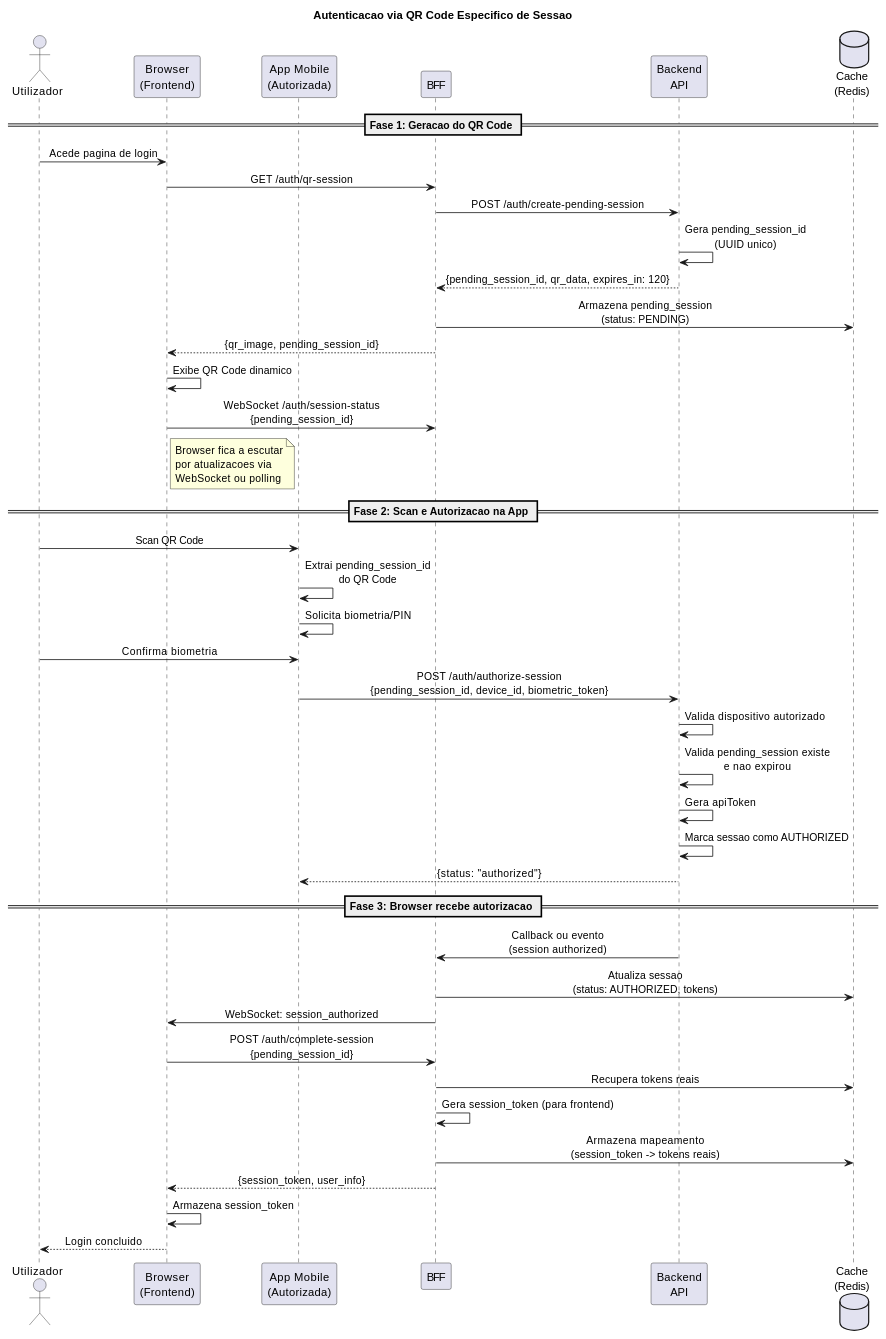
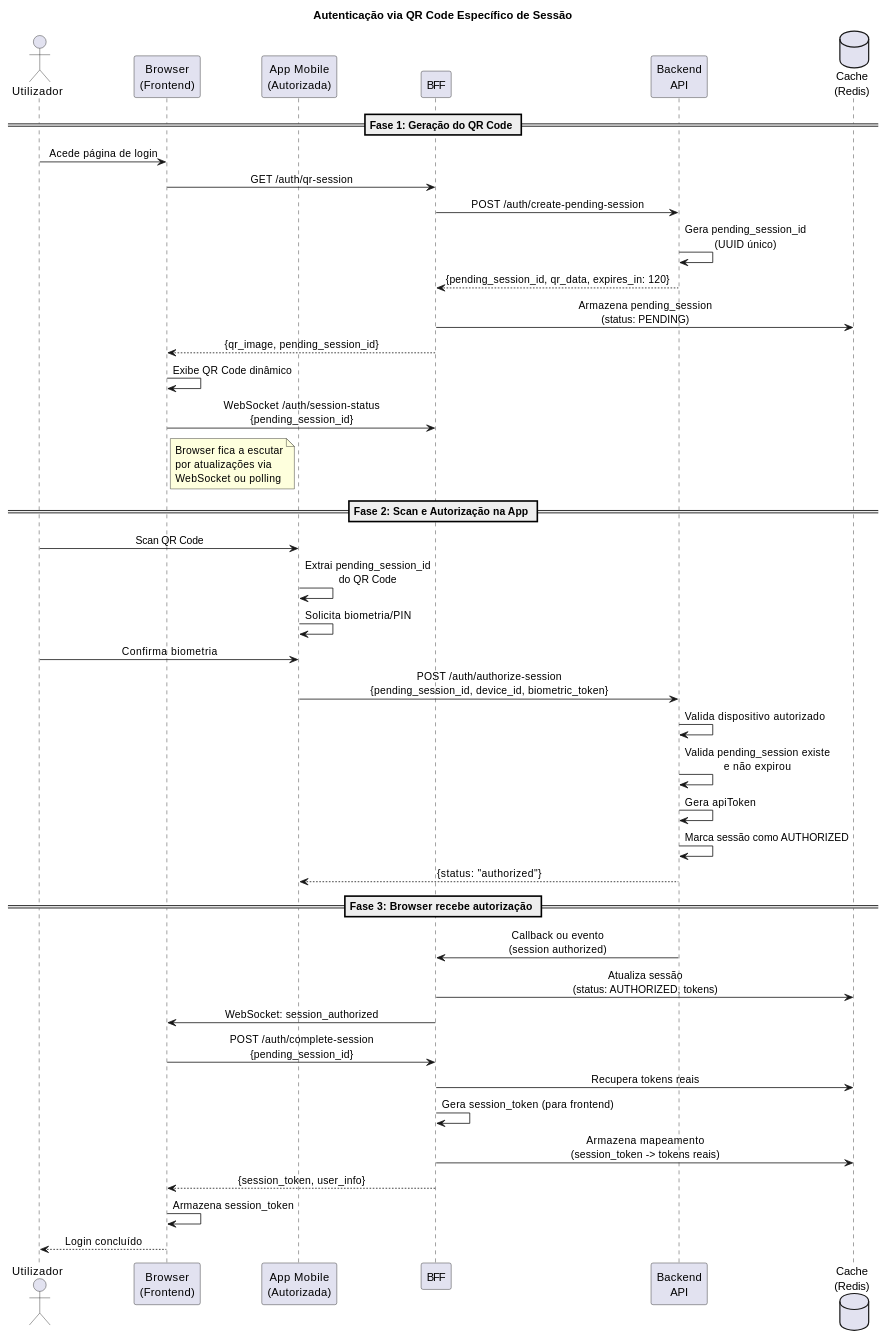
The first of 7 diagrams in current/definitions/DEF-05-autenticacao-oauth.md (beduardo/novobanco_website_doc), drawn with PlantUML before and after one commit. The commit also changed other lines of this file and 182 other files, not shown here.

````diff
--- a/current/definitions/DEF-05-autenticacao-oauth.md
+++ b/current/definitions/DEF-05-autenticacao-oauth.md
@@ -69,56 +69,56 @@
 ```plantuml
 @startuml
 skinparam sequenceMessageAlign center
 skinparam responseMessageBelowArrow true
 
-title Autenticacao via QR Code Especifico de Sessao
+title Autenticação via QR Code Específico de Sessão
 
 actor "Utilizador" as User
 participant "Browser\n(Frontend)" as Browser
 participant "App Mobile\n(Autorizada)" as App
 participant "BFF" as BFF
 participant "Backend\nAPI" as API
 database "Cache\n(Redis)" as Cache
 
-== Fase 1: Geracao do QR Code ==
-User -> Browser : Acede pagina de login
+== Fase 1: Geração do QR Code ==
+User -> Browser : Acede página de login
 Browser -> BFF : GET /auth/qr-session
 BFF -> API : POST /auth/create-pending-session
-API -> API : Gera pending_session_id\n(UUID unico)
+API -> API : Gera pending_session_id\n(UUID único)
 API --> BFF : {pending_session_id, qr_data, expires_in: 120}
 BFF -> Cache : Armazena pending_session\n(status: PENDING)
 BFF --> Browser : {qr_image, pending_session_id}
-Browser -> Browser : Exibe QR Code dinamico
+Browser -> Browser : Exibe QR Code dinâmico
 Browser -> BFF : WebSocket /auth/session-status\n{pending_session_id}
 note right of Browser
 Browser fica a escutar
-por atualizacoes via
+por atualizações via
 WebSocket ou polling
 end note
 
-== Fase 2: Scan e Autorizacao na App ==
+== Fase 2: Scan e Autorização na App ==
 User -> App : Scan QR Code
 App -> App : Extrai pending_session_id\ndo QR Code
 App -> App : Solicita biometria/PIN
 User -> App : Confirma biometria
 App -> API : POST /auth/authorize-session\n{pending_session_id, device_id, biometric_token}
 API -> API : Valida dispositivo autorizado
-API -> API : Valida pending_session existe\ne nao expirou
+API -> API : Valida pending_session existe\ne não expirou
 API -> API : Gera apiToken
-API -> API : Marca sessao como AUTHORIZED
+API -> API : Marca sessão como AUTHORIZED
 API --> App : {status: "authorized"}
 
-== Fase 3: Browser recebe autorizacao ==
+== Fase 3: Browser recebe autorização ==
 API -> BFF : Callback ou evento\n(session authorized)
-BFF -> Cache : Atualiza sessao\n(status: AUTHORIZED, tokens)
+BFF -> Cache : Atualiza sessão\n(status: AUTHORIZED, tokens)
 BFF -> Browser : WebSocket: session_authorized
 Browser -> BFF : POST /auth/complete-session\n{pending_session_id}
 BFF -> Cache : Recupera tokens reais
 BFF -> BFF : Gera session_token (para frontend)
 BFF -> Cache : Armazena mapeamento\n(session_token -> tokens reais)
 BFF --> Browser : {session_token, user_info}
 Browser -> Browser : Armazena session_token
-Browser --> User : Login concluido
+Browser --> User : Login concluído
 
 @enduml
 ```
````
